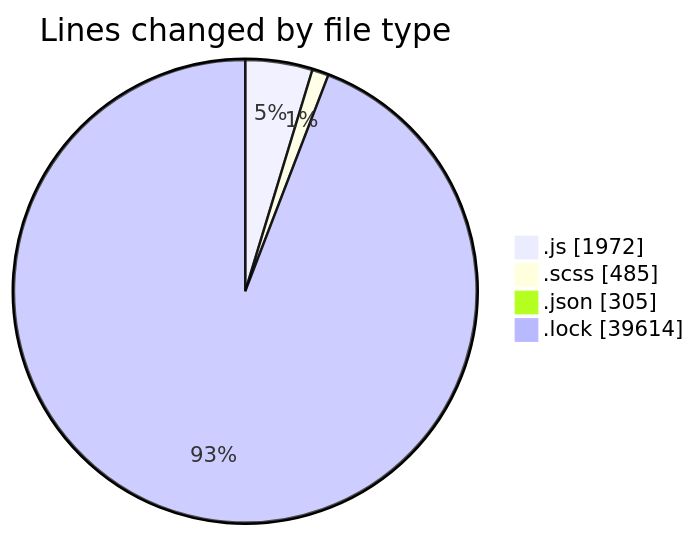
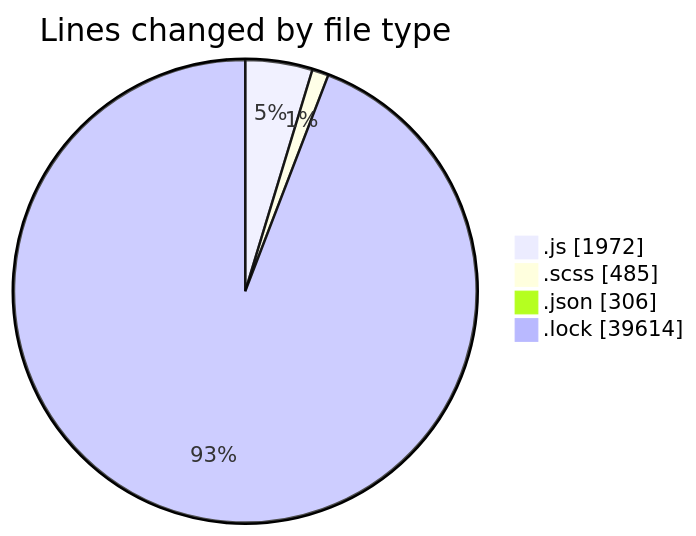
The first of 2 diagrams in 2026-01-05/cda/README.md (momahboobian/code-tracking), drawn with Mermaid before and after one commit. The commit also changed other lines of this file and 1 other file, not shown here.

````diff
--- a/2026-01-05/cda/README.md
+++ b/2026-01-05/cda/README.md
@@ -45,8 +45,8 @@
 ```mermaid
 pie showData
 title Lines changed by file type
 ".js" : 1972
 ".scss" : 485
-".json" : 305
+".json" : 306
 ".lock" : 39614
 ```
````
